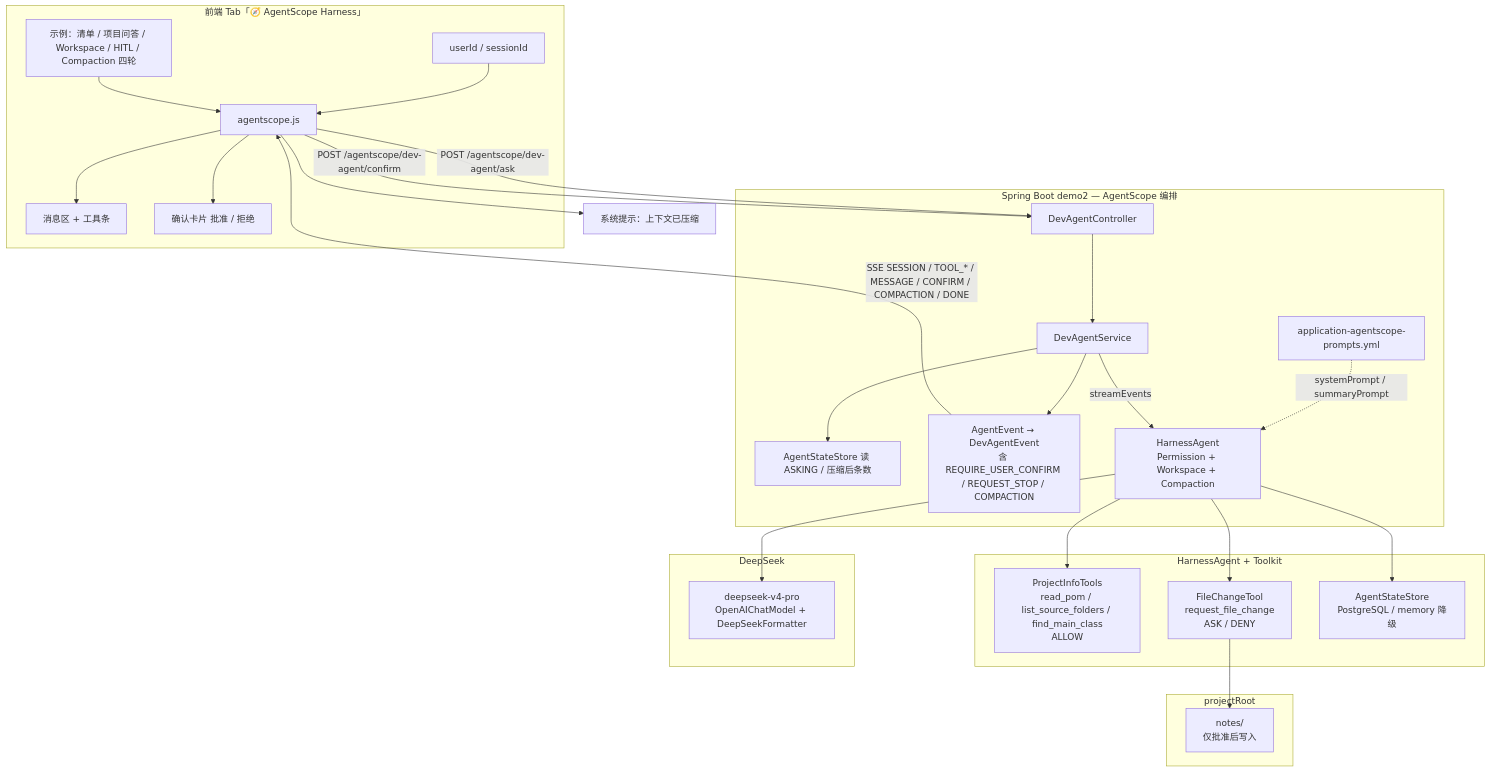
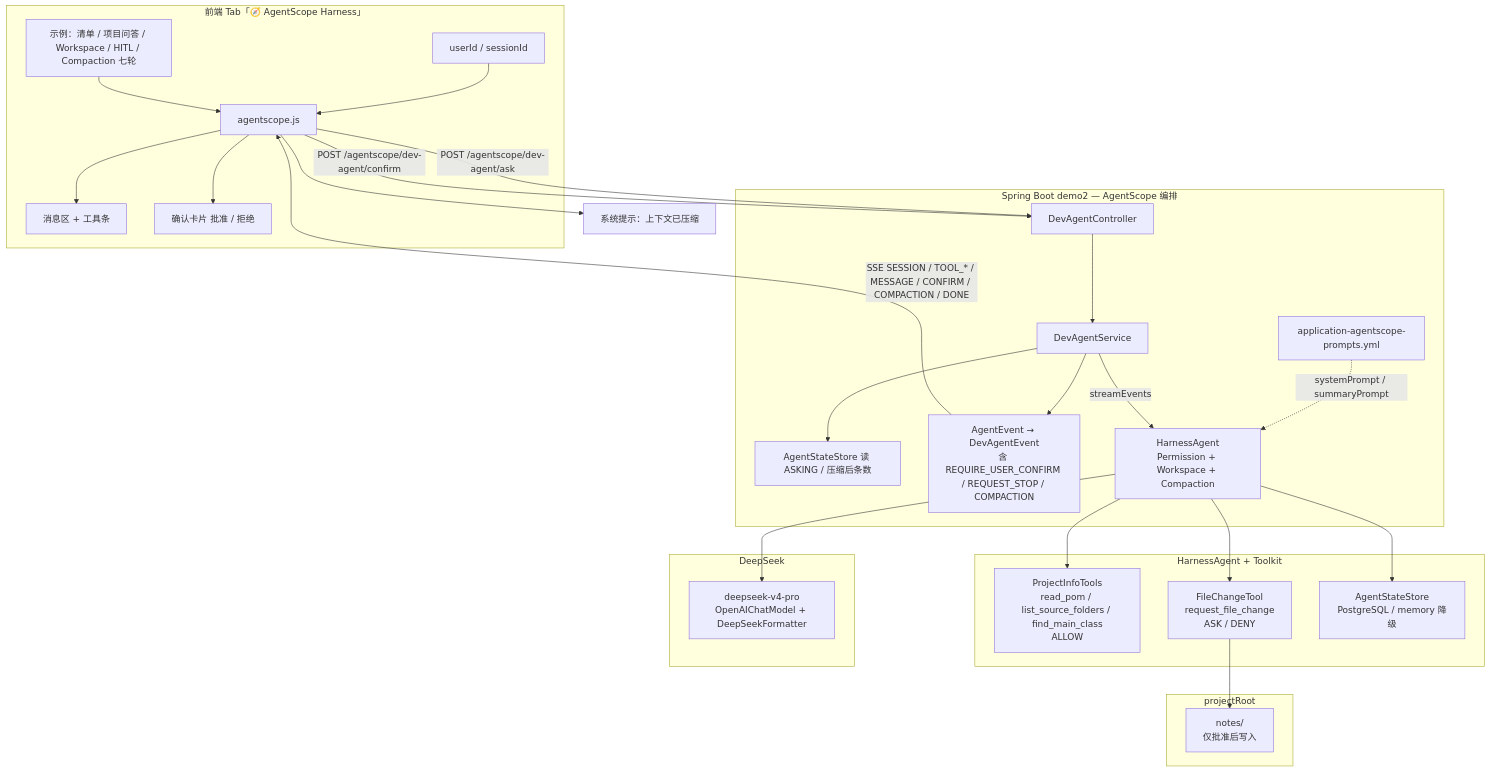
One commit to jasonsoso/spring-ai-demo changed diagram 29 of 34 in demo2/README.md. Above: the diagram before and after it, drawn with Mermaid. The commit also changed other lines of this file and 5 other files, not shown here.

````diff
--- a/demo2/README.md
+++ b/demo2/README.md
@@ -2495,53 +2495,53 @@
 ```mermaid
 flowchart TB
     subgraph 展示层["前端 Tab「🧭 AgentScope Harness」"]
         META[userId / sessionId]
-        SAMPLES[示例：清单 / 项目问答 / Workspace / HITL / Compaction 四轮]
+        SAMPLES[示例：清单 / 项目问答 / Workspace / HITL / Compaction 七轮]
         MSG[消息区 + 工具条]
         CARD[确认卡片 批准 / 拒绝]
         META --> UI[agentscope.js]
         SAMPLES --> UI
         UI --> MSG
         UI --> CARD
     end
 
     subgraph 编排层["Spring Boot demo2 — AgentScope 编排"]
         CTRL[DevAgentController]
         SVC[DevAgentService]
         STORE_SVC["AgentStateStore 读 ASKING / 压缩后条数"]
         EVT["AgentEvent → DevAgentEvent<br/>含 REQUIRE_USER_CONFIRM / REQUEST_STOP / COMPACTION"]
         PROMPTS[application-agentscope-prompts.yml]
 
         UI -->|POST /agentscope/dev-agent/ask| CTRL
         UI -->|POST /agentscope/dev-agent/confirm| CTRL
         CTRL --> SVC
         SVC --> STORE_SVC
         SVC --> EVT
         PROMPTS -.->|systemPrompt / summaryPrompt| HA
     end
 
     subgraph 能力层["HarnessAgent + Toolkit"]
         HA[HarnessAgent\nPermission + Workspace + Compaction]
         READ[ProjectInfoTools\nread_pom / list_source_folders / find_main_class\nALLOW]
         WRITE[FileChangeTool\nrequest_file_change\nASK / DENY]
         STORE[AgentStateStore\nPostgreSQL / memory 降级]
 
         HA --> READ
         HA --> WRITE
         HA --> STORE
         SVC -->|streamEvents| HA
     end
 
     subgraph 外部["DeepSeek"]
         DS[deepseek-v4-pro\nOpenAIChatModel + DeepSeekFormatter]
         HA --> DS
     end
 
     subgraph 本地文件["projectRoot"]
         NOTES[notes/\n仅批准后写入]
         WRITE --> NOTES
     end
 
     EVT -->|SSE SESSION / TOOL_* / MESSAGE / CONFIRM / COMPACTION / DONE| UI
     UI --> SYS[系统提示：上下文已压缩]
 ```
````
